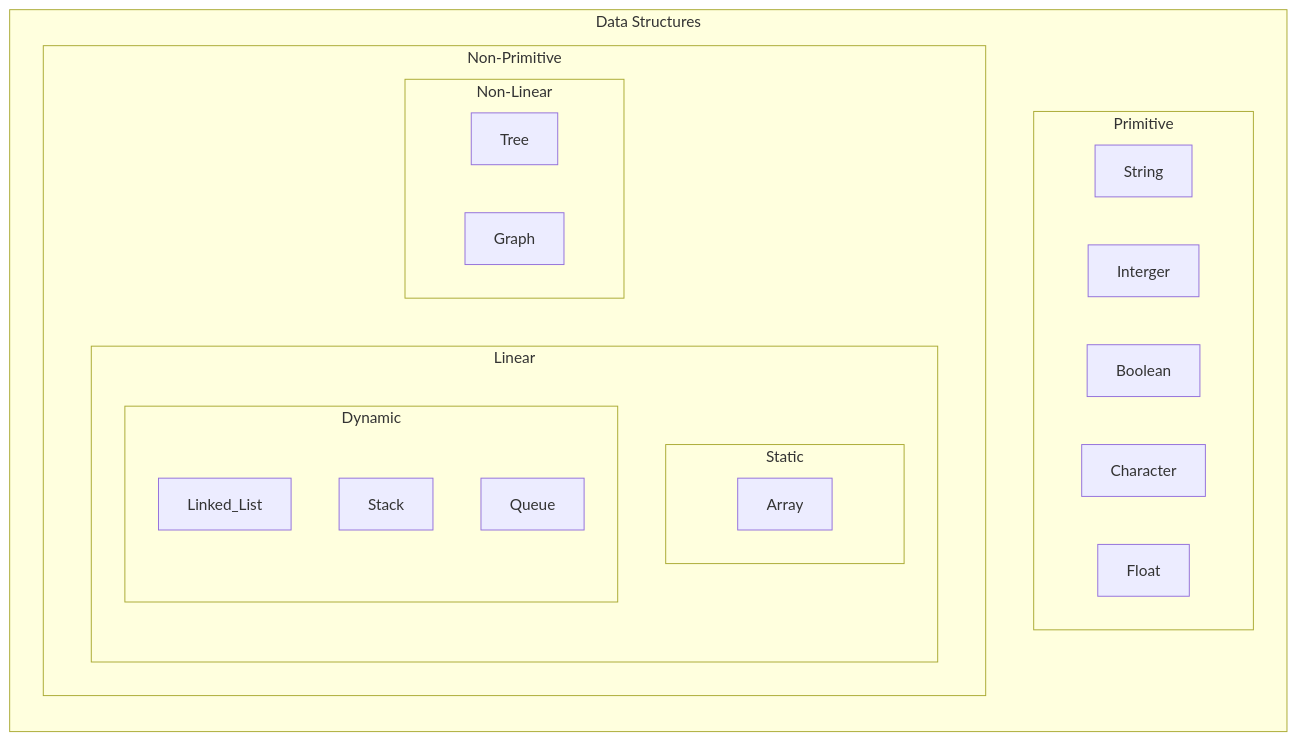
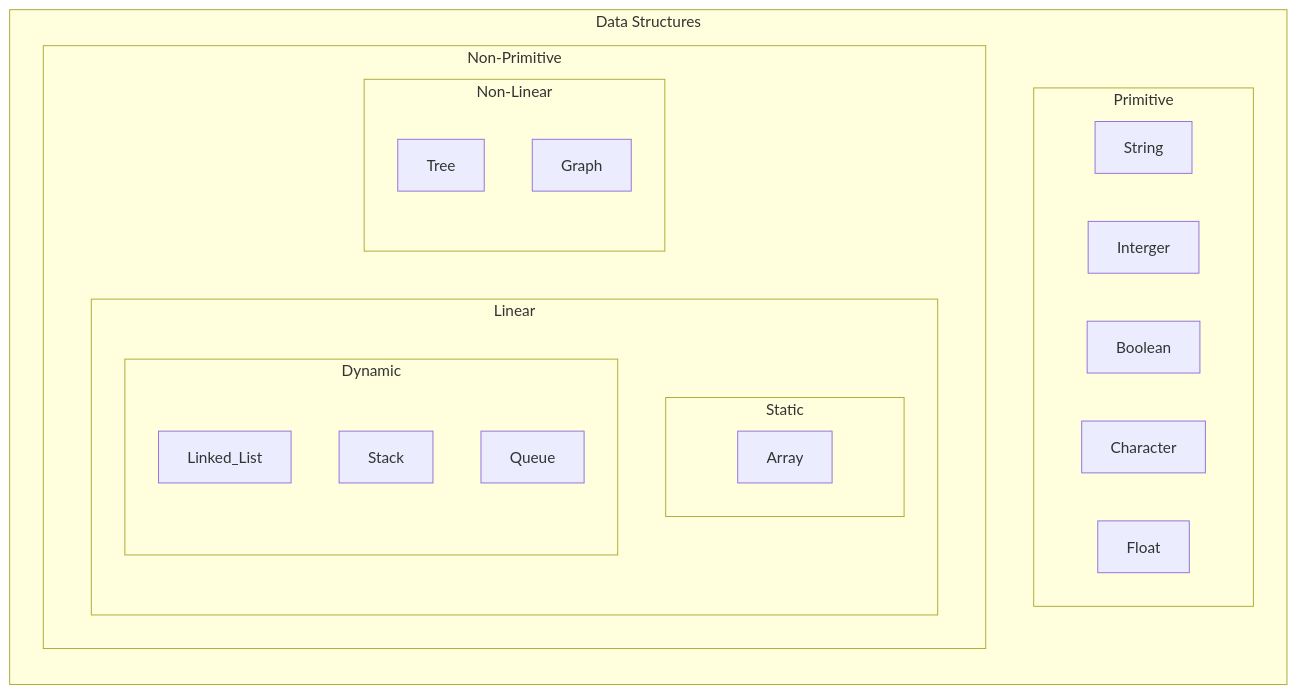
Before and after one commit to reubendevries/python-algorithims-data-structures: the diagram in introduction/notes/data-structures.md, drawn with Mermaid.

`````diff
--- a/introduction/notes/data-structures.md
+++ b/introduction/notes/data-structures.md
@@ -4,30 +4,32 @@
 ````mermaid
 flowchart LR
     subgraph Data Structures
         direction TB
         subgraph Primitive
             String
             Interger
             Boolean
             Character
             Float
         end
         subgraph Non-Primitive
             direction LR
             subgraph Linear
+                direction TB
                 subgraph Static
                     Array
                 end
                 subgraph Dynamic
                     Linked_List
                     Stack
                     Queue
                 end
             end
             subgraph Non-Linear
+                direction TB
                 Tree
                 Graph
             end
         end
     end
 ````
`````
